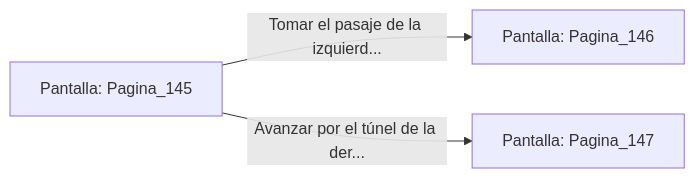
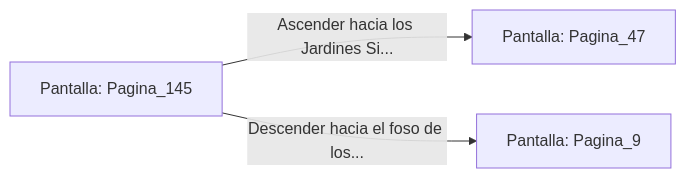
The diagram in sample/eligejuego-vault/Pantalla_Pagina_145.md (metsuke/mpl), drawn with Mermaid before and after one commit. The commit also changed other lines of this file and 635 other files, not shown here.

First line of the commit message:
fix: añadir Pagina_1 como pantalla inicial en capitulo_01.mpl

````diff
--- a/sample/eligejuego-vault/Pantalla_Pagina_145.md
+++ b/sample/eligejuego-vault/Pantalla_Pagina_145.md
@@ -20,6 +24,6 @@
 ```mermaid
 graph LR
     P_Pagina_145["Pantalla: Pagina_145"]
-    P_Pagina_145 -->|"Tomar el pasaje de la izquierd..."| P_Pagina_146["Pantalla: Pagina_146"]
-    P_Pagina_145 -->|"Avanzar por el túnel de la der..."| P_Pagina_147["Pantalla: Pagina_147"]
+    P_Pagina_145 -->|"Ascender hacia los Jardines Si..."| P_Pagina_47["Pantalla: Pagina_47"]
+    P_Pagina_145 -->|"Descender hacia el foso de los..."| P_Pagina_9["Pantalla: Pagina_9"]
 ```
````
